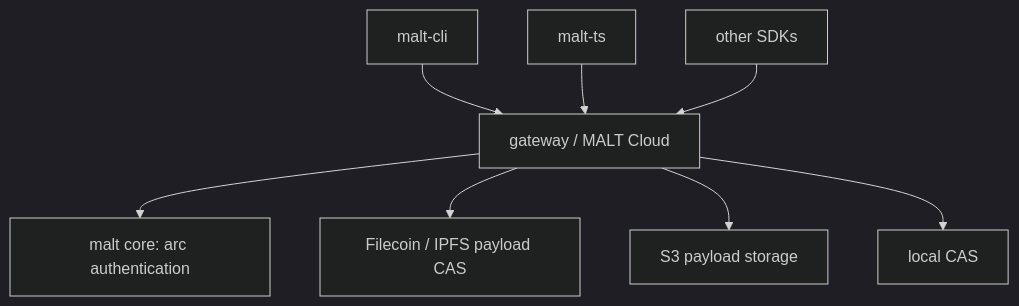
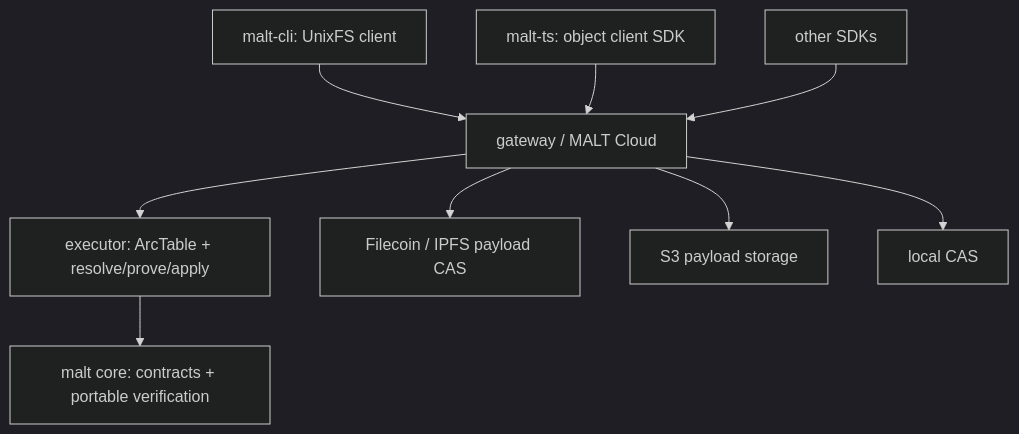
The second of 2 diagrams in profile/README.md (DeWebProtocol/.github), drawn with Mermaid (dark theme) before and after one commit. The commit also changed other lines of this file, not shown here.

First line of the commit message:
docs: clarify MALT trust boundaries

````diff
--- a/profile/README.md
+++ b/profile/README.md
@@ -115,10 +124,11 @@
 ```mermaid
 flowchart TB
-  cli["malt-cli"] --> gateway["gateway / MALT Cloud"]
-  ts["malt-ts"] --> gateway
+  cli["malt-cli: UnixFS client"] --> gateway["gateway / MALT Cloud"]
+  ts["malt-ts: object client SDK"] --> gateway
   other["other SDKs"] --> gateway
-  gateway --> core["malt core: arc authentication"]
+  gateway --> executor["executor: ArcTable + resolve/prove/apply"]
+  executor --> core["malt core: contracts + portable verification"]
   gateway --> filecoin["Filecoin / IPFS payload CAS"]
   gateway --> s3["S3 payload storage"]
   gateway --> local["local CAS"]
 ```
````
